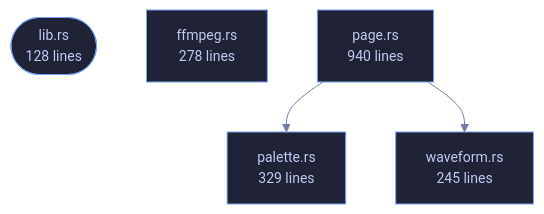
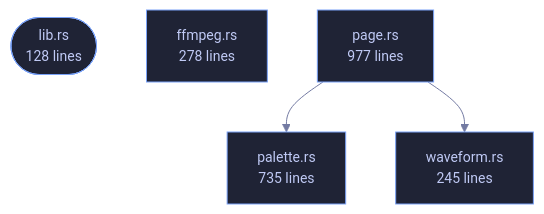
The diagram in crates/veilvoice-video/README.md (tilas01/veilvoice), drawn with Mermaid before and after one commit. The commit also changed other lines of this file and 32 other files, not shown here.

````diff
--- a/crates/veilvoice-video/README.md
+++ b/crates/veilvoice-video/README.md
@@ -77,16 +77,16 @@
 ```mermaid
 %%{init: {"theme":"base","themeVariables":{"background":"#1a1b26","primaryColor":"#1f2335","primaryTextColor":"#c0caf5","primaryBorderColor":"#7aa2f7","secondaryColor":"#16161e","tertiaryColor":"#16161e","lineColor":"#737aa2","textColor":"#c0caf5","mainBkg":"#1f2335","nodeBorder":"#7aa2f7","clusterBkg":"#16161e","clusterBorder":"#2f3549","fontFamily":"ui-monospace, SFMono-Regular, Consolas, monospace","fontSize":"14px"}}}%%
 flowchart TD
     n_lib(["lib.rs<br/>128 lines"])
     n_ffmpeg["ffmpeg.rs<br/>278 lines"]
-    n_page["page.rs<br/>940 lines"]
-    n_palette["palette.rs<br/>329 lines"]
+    n_page["page.rs<br/>977 lines"]
+    n_palette["palette.rs<br/>735 lines"]
     n_waveform["waveform.rs<br/>245 lines"]
     n_page --> n_palette
     n_page --> n_waveform
     click n_lib href "https://github.com/tilas01/veilvoice/blob/main/crates/veilvoice-video/src/lib.rs" "open the source"
     click n_ffmpeg href "https://github.com/tilas01/veilvoice/blob/main/crates/veilvoice-video/src/ffmpeg.rs" "open the source"
     click n_page href "https://github.com/tilas01/veilvoice/blob/main/crates/veilvoice-video/src/page.rs" "open the source"
     click n_palette href "https://github.com/tilas01/veilvoice/blob/main/crates/veilvoice-video/src/palette.rs" "open the source"
     click n_waveform href "https://github.com/tilas01/veilvoice/blob/main/crates/veilvoice-video/src/waveform.rs" "open the source"
 ```
````
